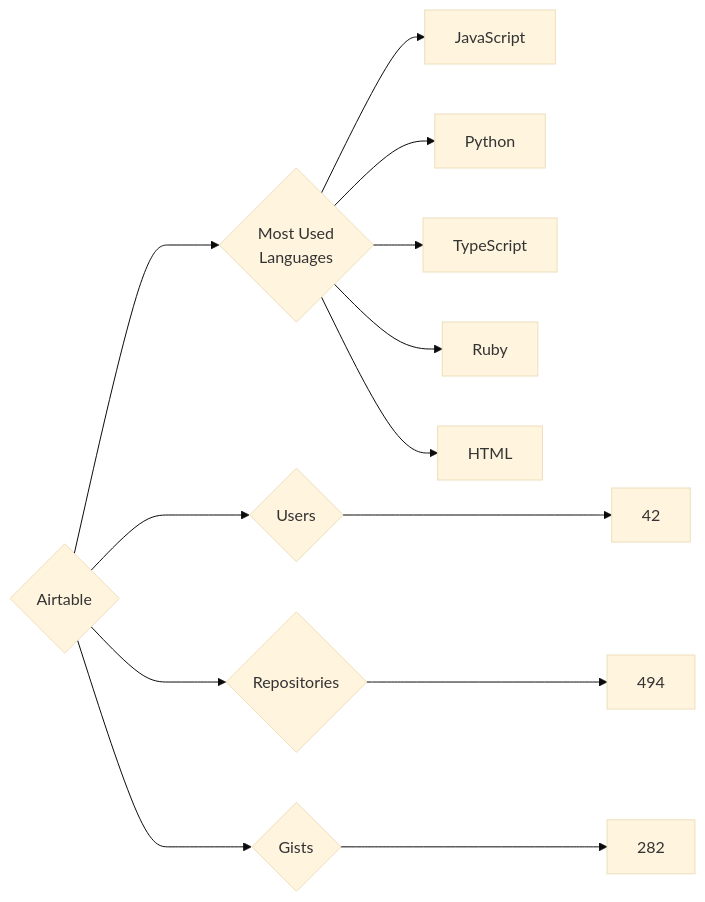
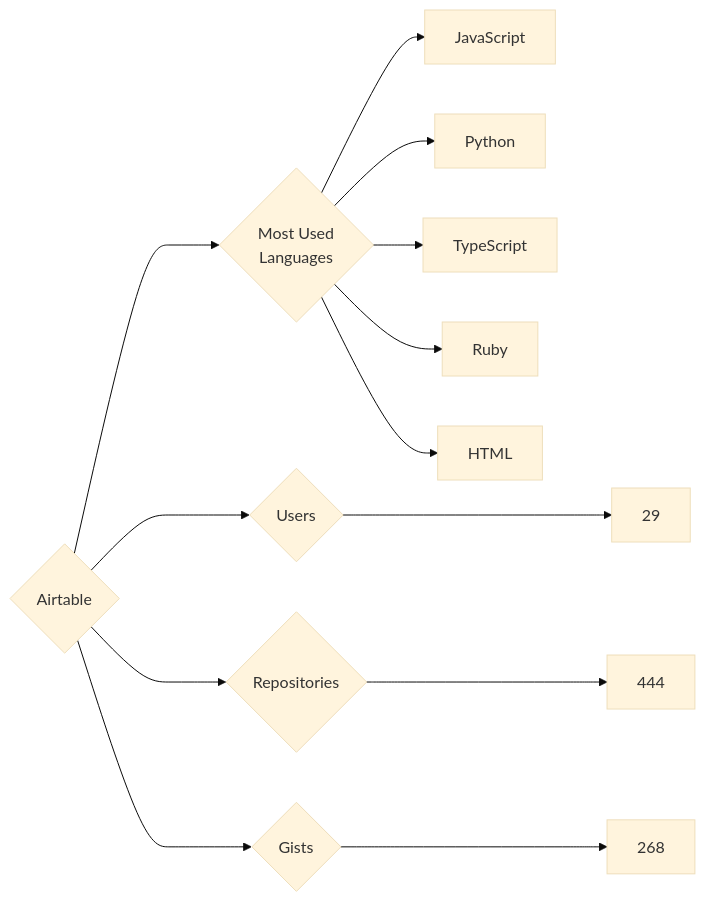
One commit to trickest/insiders changed the diagram in targets/Airtable/README.md. Above: the diagram before and after it, drawn with Mermaid (base theme). The commit also changed 749 other files, not shown here.

````diff
--- a/targets/Airtable/README.md
+++ b/targets/Airtable/README.md
@@ -3,13 +3,13 @@
 ```mermaid
 graph LR
 COMPANY_NAME{Airtable}
-COMPANY_NAME ---> U{Users} ---> UN[42]
-COMPANY_NAME ---> R{Repositories} ---> RN[494]
-COMPANY_NAME ---> G{Gists} ---> GN[282]
+COMPANY_NAME ---> U{Users} ---> UN[29]
+COMPANY_NAME ---> R{Repositories} ---> RN[444]
+COMPANY_NAME ---> G{Gists} ---> GN[268]
 COMPANY_NAME ---> ML{Most Used<br>Languages}
 ML --> JavaScript[JavaScript]
 ML --> Python[Python]
 ML --> TypeScript[TypeScript]
 ML --> Ruby[Ruby]
 ML --> HTML[HTML]
 ```
````
